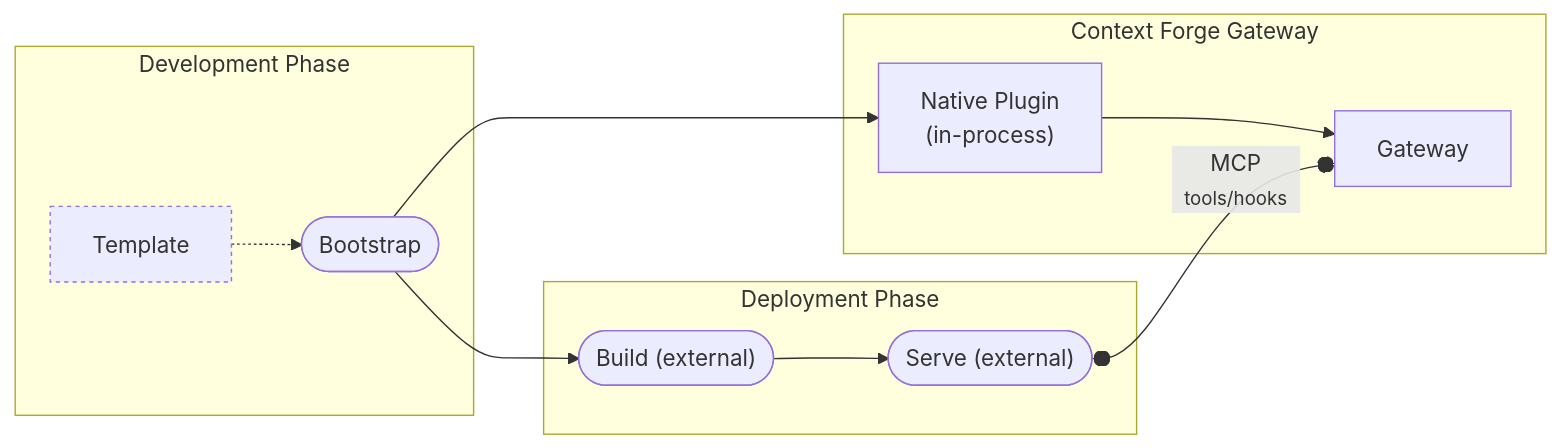
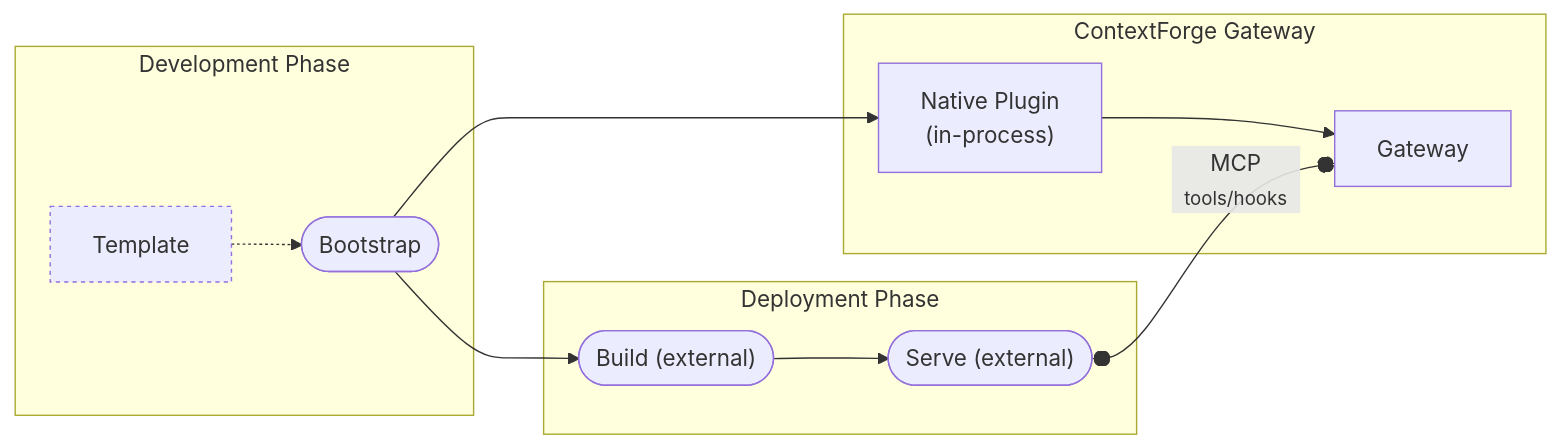
Before and after one commit to tedhabeck/mcp-context-forge: the third of 5 diagrams in docs/docs/architecture/plugins.md, drawn with Mermaid. The commit also changed other lines of this file and 583 other files, not shown here.

First line of the commit message:
docs: rebrand to ContextForge AI Gateway (#3091)

````diff
--- a/docs/docs/architecture/plugins.md
+++ b/docs/docs/architecture/plugins.md
@@ -1039,27 +1039,27 @@
 ```mermaid
 graph LR
     A["Template"]
     B(["Bootstrap"])
     N["Native Plugin<br>(in-process)"]
     C(["Build (external)"])
     D(["Serve (external)"])
 
     subgraph dev["Development Phase"]
         A -.-> B
     end
 
     subgraph deploy["Deployment Phase"]
         C --> D
     end
 
     B --> N
     B --> C
 
-    subgraph CF["Context Forge Gateway"]
+    subgraph CF["ContextForge Gateway"]
         E["Gateway"]
         N --> E
         D o--"MCP<br>&nbsp;&nbsp;<small>tools/hooks</small>&nbsp;&nbsp;"--o E
     end
 
     style A stroke-dasharray: 3 3;
 ```
````
